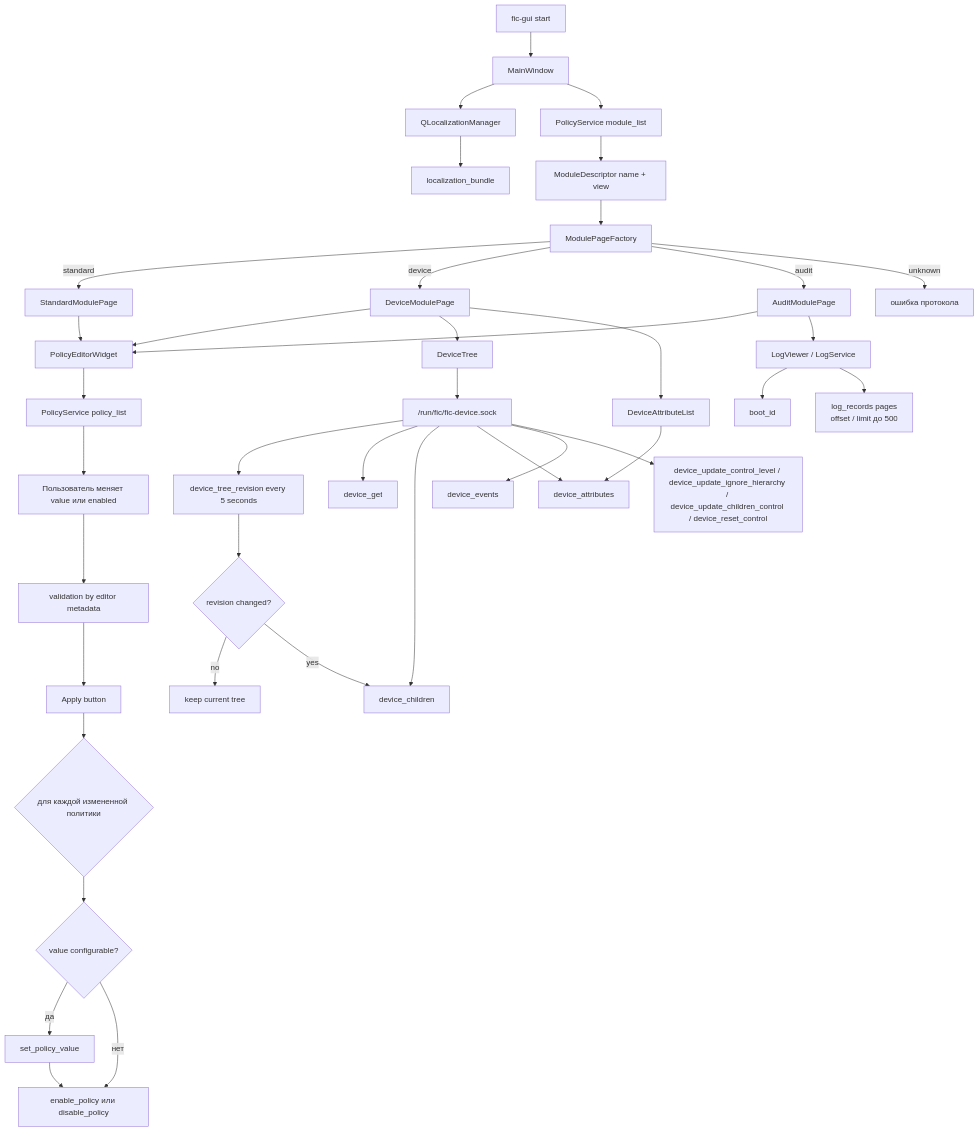
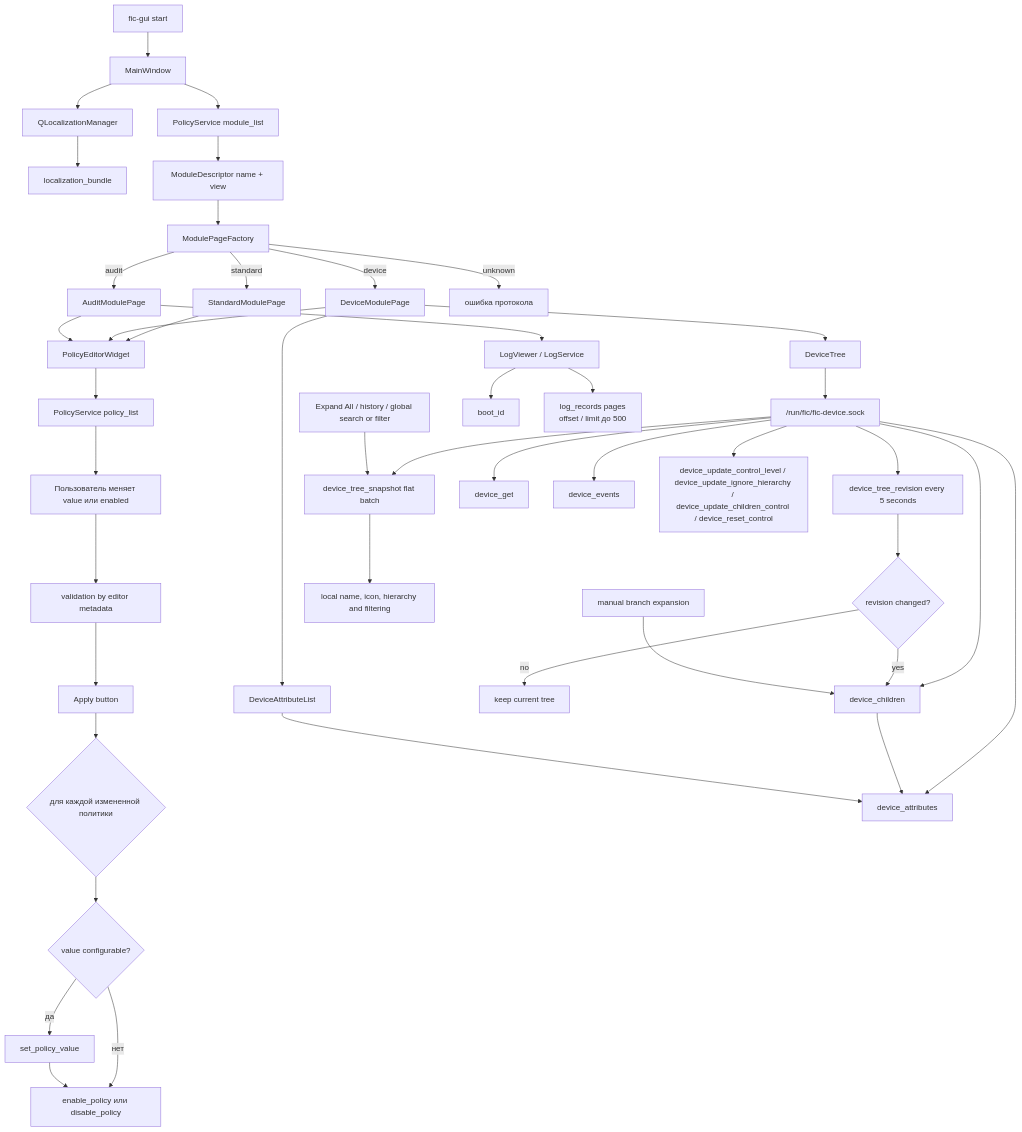
Diagram 17 of 20 in docs/architecture-diagrams.md (RevoltStar/FIC), drawn with Mermaid before and after one commit. The commit also changed other lines of this file and 11 other files, not shown here.

````diff
--- a/docs/architecture-diagrams.md
+++ b/docs/architecture-diagrams.md
@@ -789,47 +798,53 @@
 ```mermaid
 flowchart TD
     start[fic-gui start] --> mainWindow[MainWindow]
     mainWindow --> localization[QLocalizationManager]
     localization --> ipcLoc[localization_bundle]
 
     mainWindow --> moduleService[PolicyService module_list]
     moduleService --> descriptors[ModuleDescriptor name + view]
     descriptors --> pageFactory[ModulePageFactory]
     pageFactory -->|standard| standardPage[StandardModulePage]
     pageFactory -->|device| devicePage[DeviceModulePage]
     pageFactory -->|audit| auditPage[AuditModulePage]
     pageFactory -->|unknown| protocolError[ошибка протокола]
 
     standardPage --> policyEditor[PolicyEditorWidget]
     devicePage --> policyEditor
     auditPage --> policyEditor
     policyEditor --> ipcPolicies[PolicyService policy_list]
     ipcPolicies --> edit[Пользователь меняет value или enabled]
     edit --> validateGui[validation by editor metadata]
     validateGui --> apply[Apply button]
     apply --> setLoop{для каждой измененной политики}
     setLoop --> setIfNeeded{value configurable?}
     setIfNeeded -->|да| setValue[set_policy_value]
     setIfNeeded -->|нет| state
     setValue --> state[enable_policy или disable_policy]
 
     devicePage --> deviceTree[DeviceTree]
     deviceTree --> deviceSock["/run/fic/fic-device.sock"]
     deviceSock --> devRevision[device_tree_revision every 5 seconds]
+    deviceSock --> devSnapshot[device_tree_snapshot flat batch]
     deviceSock --> devGet[device_get]
     deviceSock --> devChildren[device_children]
     deviceSock --> devAttrs[device_attributes]
     deviceSock --> devEvents[device_events]
     deviceSock --> devControl[device_update_control_level / device_update_ignore_hierarchy / device_update_children_control / device_reset_control]
 
     devRevision --> changed{revision changed?}
     changed -->|no| keepTree[keep current tree]
     changed -->|yes| devChildren
 
+    heavy[Expand All / history / global search or filter] --> devSnapshot
+    devSnapshot --> localTree[local name, icon, hierarchy and filtering]
+    manual[manual branch expansion] --> devChildren
+    devChildren --> devAttrs
+
     devicePage --> attrList[DeviceAttributeList]
     attrList --> devAttrs
 
     auditPage --> logViewer[LogViewer / LogService]
     logViewer --> boot[boot_id]
     logViewer --> records[log_records pages<br/>offset / limit до 500]
 ```
````
